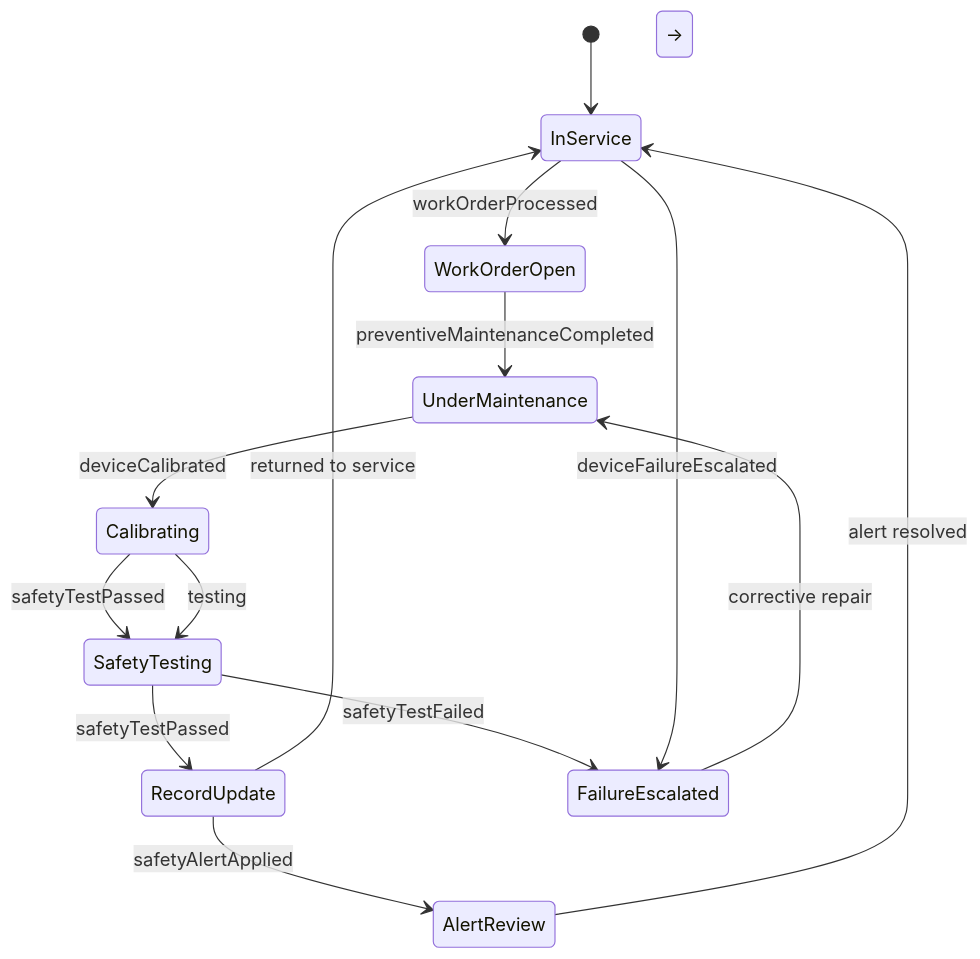
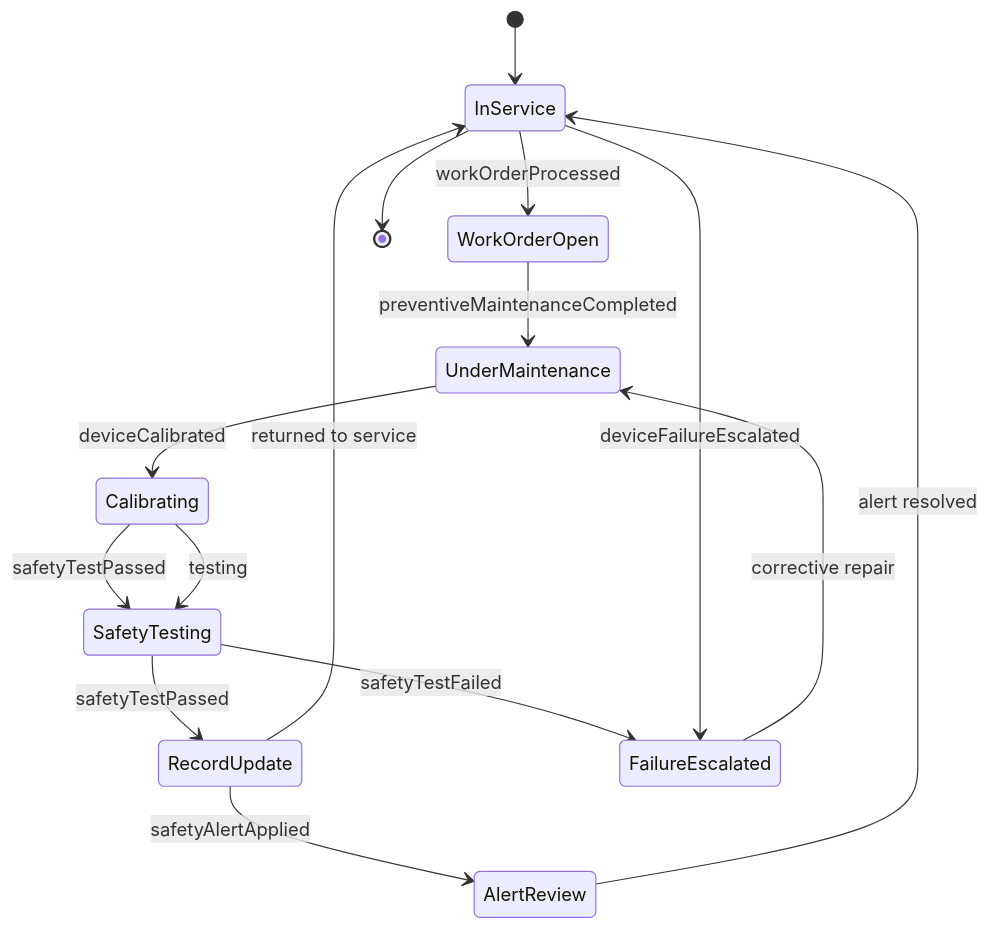
One commit to dot-org-ai/tasks.org.ai changed the second of 4 diagrams in RepairingAndMaintainingMechanicalEquipment/MaintainMedicalEquipmentOrInstruments/MaintainMedicalEquipmentInstruments.mdx. Above: the diagram before and after it, drawn with Mermaid. The commit also changed 515 other files, not shown here.

````diff
--- a/RepairingAndMaintainingMechanicalEquipment/MaintainMedicalEquipmentOrInstruments/MaintainMedicalEquipmentInstruments.mdx
+++ b/RepairingAndMaintainingMechanicalEquipment/MaintainMedicalEquipmentOrInstruments/MaintainMedicalEquipmentInstruments.mdx
@@ -102,17 +102,17 @@
 ```mermaid
 stateDiagram-v2
     [*] --> InService
     InService --> WorkOrderOpen : workOrderProcessed
     WorkOrderOpen --> UnderMaintenance : preventiveMaintenanceCompleted
     UnderMaintenance --> Calibrating : deviceCalibrated
     Calibrating --> SafetyTesting : safetyTestPassed
     Calibrating --> SafetyTesting : testing
     SafetyTesting --> RecordUpdate : safetyTestPassed
     SafetyTesting --> FailureEscalated : safetyTestFailed
     FailureEscalated --> UnderMaintenance : corrective repair
     RecordUpdate --> AlertReview : safetyAlertApplied
     RecordUpdate --> InService : returned to service
     AlertReview --> InService : alert resolved
     InService --> FailureEscalated : deviceFailureEscalated
-    InService → [*]
+    InService --> [*]
 ```
````
